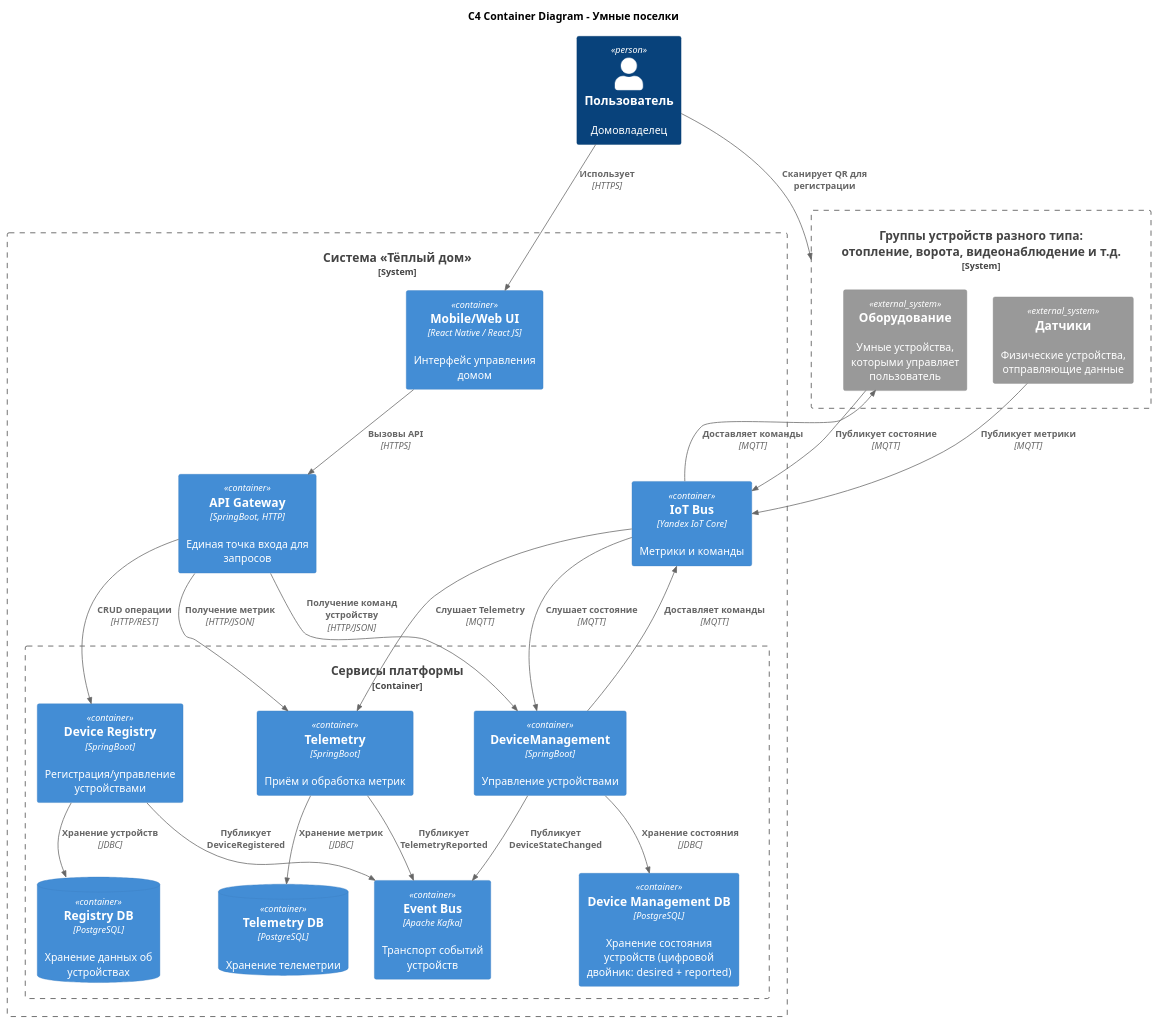
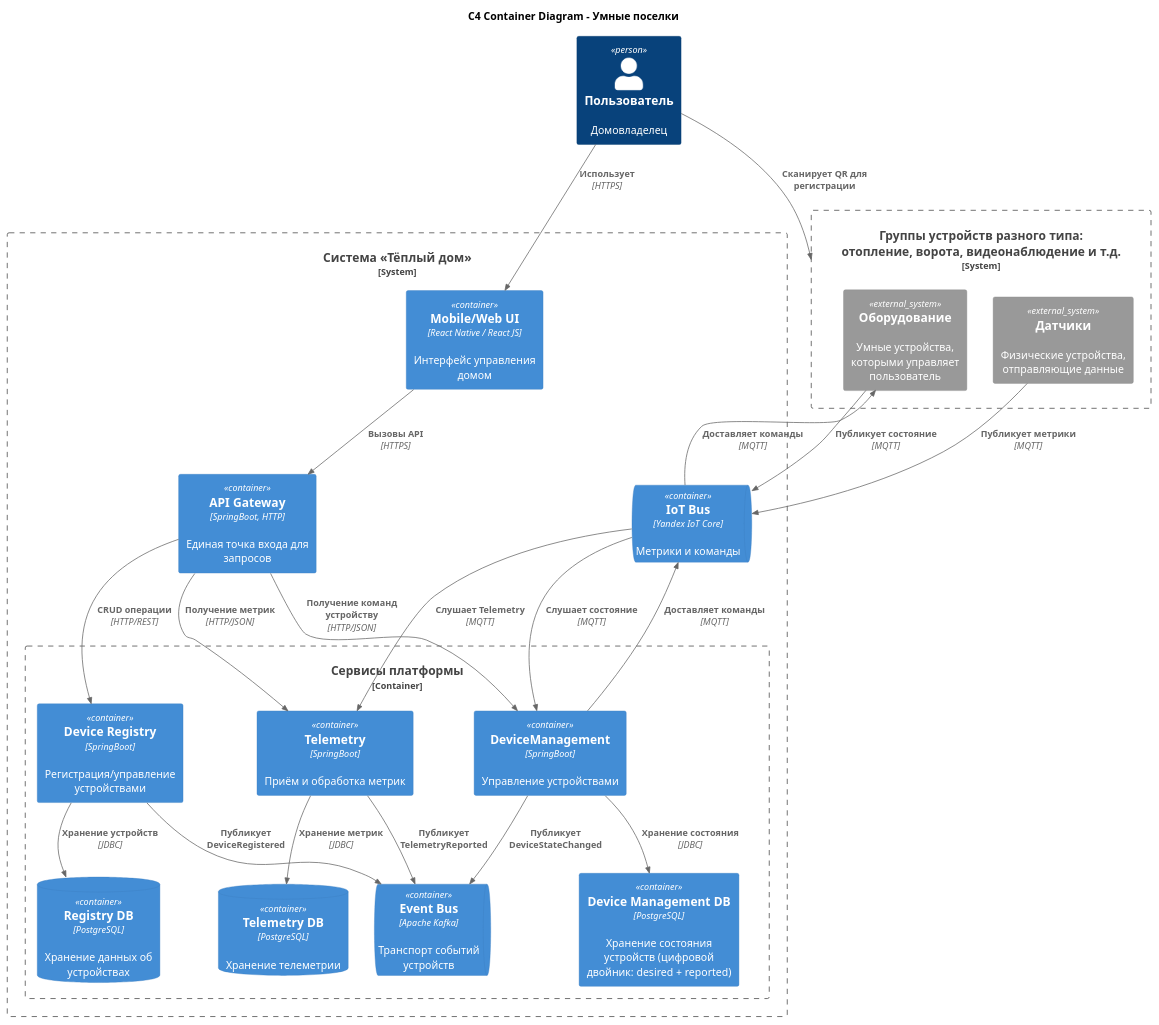
One commit to aymanstepanova/architecture-pro-warmhouse changed the diagram in schemas/container_c4_to_be.puml. Above: the diagram before and after it, drawn with PlantUML. The commit also changed 1 other file, not shown here.

```diff
--- a/schemas/container_c4_to_be.puml
+++ b/schemas/container_c4_to_be.puml
@@ -1,58 +1,58 @@
 @startuml
 !include C4_Container.puml
 
 title C4 Container Diagram - Умные поселки
 
 Person(user, "Пользователь", "Домовладелец")
 
 System_Boundary(devices, "Группы устройств разного типа: \n отопление, ворота, видеонаблюдение и т.д.") {
     System_Ext(sensors, "Датчики", "Физические устройства, отправляющие данные")
     System_Ext(equipment, "Оборудование", "Умные устройства, которыми управляет пользователь")
 }
 
 System_Boundary(td, "Система «Тёплый дом»") {
 
   Container(mobile, "Mobile/Web UI", "React Native / React JS", "Интерфейс управления домом")
   Container(api, "API Gateway", "SpringBoot, HTTP", "Единая точка входа для запросов")
-  Container(IoT_bus, "IoT Bus", "Yandex IoT Core", "Метрики и команды")
+  ContainerQueue(IoT_bus, "IoT Bus", "Yandex IoT Core", "Метрики и команды")
 
   Container_Boundary(services, "Сервисы платформы") {
     Container(deviceRegistry, "Device Registry", "SpringBoot", "Регистрация/управление устройствами")
     ContainerDb(deviceDb, "Registry DB", "PostgreSQL", "Хранение данных об устройствах")
 
     Container(telemetry, "Telemetry", "SpringBoot", "Приём и обработка метрик")
     Container(deviceMan, "DeviceManagement", "SpringBoot", "Управление устройствами")
     Container(deviceManDB, "Device Management DB", "PostgreSQL", "Хранение состояния устройств (цифровой двойник: desired + reported)")
     ContainerDb(telemetryDb, "Telemetry DB", "PostgreSQL", "Хранение телеметрии")
 
-    Container(kafka, "Event Bus", "Apache Kafka", "Транспорт событий устройств")
+    ContainerQueue(kafka, "Event Bus", "Apache Kafka", "Транспорт событий устройств")
   }
 
 }
 Rel(user, devices, "Сканирует QR для регистрации")
 
 Rel(user, mobile, "Использует", "HTTPS")
 Rel(mobile, api, "Вызовы API", "HTTPS")
 Rel(api, deviceRegistry, "CRUD операции", "HTTP/REST")
 Rel(api, telemetry, "Получение метрик", "HTTP/JSON")
 Rel(api, deviceMan, "Получение команд устройству", "HTTP/JSON")
 
 Rel(deviceRegistry, deviceDb, "Хранение устройств", "JDBC")
 Rel(deviceMan, deviceManDB, "Хранение состояния", "JDBC")
 Rel(telemetry, telemetryDb, "Хранение метрик", "JDBC")
 
 '' Подписчики на событие "Устройство зарегистрировано" - если расскомментировать, схема едет
 '' Rel(kafka, telemetry, "Слушает DeviceRegistered", "Topic: device.registered.v1")
 '' Rel(kafka, deviceMan, "Слушает DeviceRegistered", "Topic: device.registered.v1")
 Rel(deviceRegistry, kafka, "Публикует DeviceRegistered")
 Rel(telemetry, kafka, "Публикует TelemetryReported")
 Rel(deviceMan, kafka, "Публикует DeviceStateChanged")
 
 Rel(sensors, IoT_bus, "Публикует метрики", "MQTT")
 Rel(equipment, IoT_bus, "Публикует состояние", "MQTT")
 Rel(IoT_bus, telemetry, "Слушает Telemetry", "MQTT")
 Rel(deviceMan, IoT_bus, "Доставляет команды", "MQTT")
 Rel(IoT_bus, equipment, "Доставляет команды", "MQTT")
 Rel(IoT_bus, deviceMan, "Слушает состояние", "MQTT")
 
 @enduml
```
